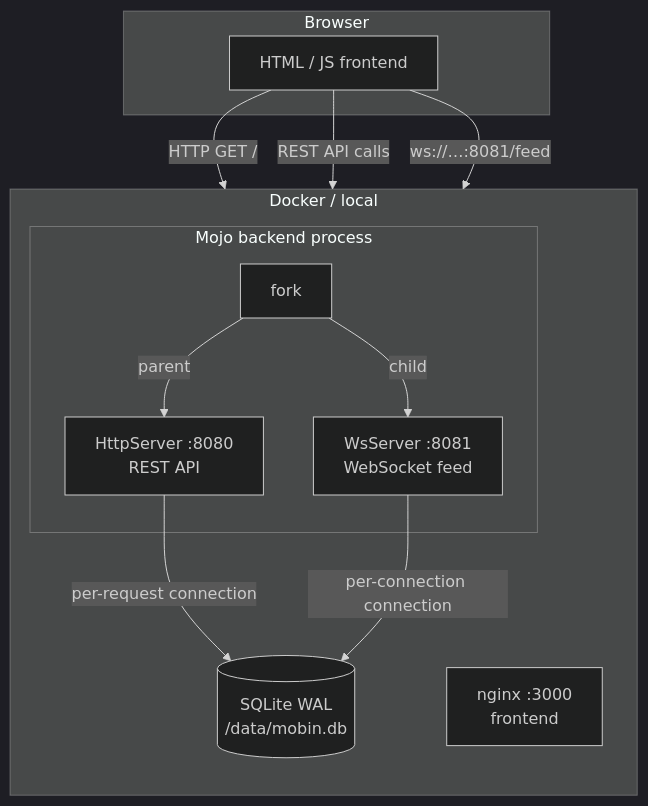
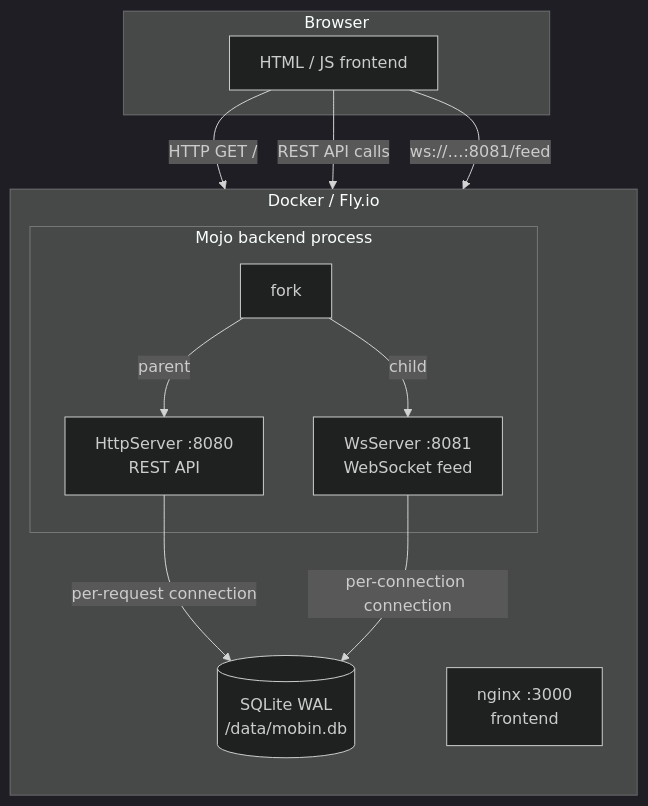
One commit to ehsanmok/mobin changed the diagram in README.md. Above: the diagram before and after it, drawn with Mermaid (dark theme). The commit also changed other lines of this file, not shown here.

First line of the commit message:
Update README: live demo link, stats docs, Fly.io config, test coverage

````diff
--- a/README.md
+++ b/README.md
@@ -13,29 +15,29 @@
 ```mermaid
 graph TD
     subgraph Browser
         UI[HTML / JS frontend]
     end
 
-    subgraph Docker / local
+    subgraph "Docker / Fly.io"
         direction TB
         NGINX[nginx :3000\nfrontend]
 
         subgraph Mojo backend process
             FORK[fork]
             HTTP[HttpServer :8080\nREST API]
             WS[WsServer :8081\nWebSocket feed]
         end
 
         SQLITE[(SQLite WAL\n/data/mobin.db)]
     end
 
     UI -->|HTTP GET /| NGINX
     UI -->|REST API calls| HTTP
     UI -->|ws://…:8081/feed| WS
 
     FORK -->|parent| HTTP
     FORK -->|child| WS
 
     HTTP -->|per-request connection| SQLITE
     WS -->|per-connection connection| SQLITE
 ```
````
